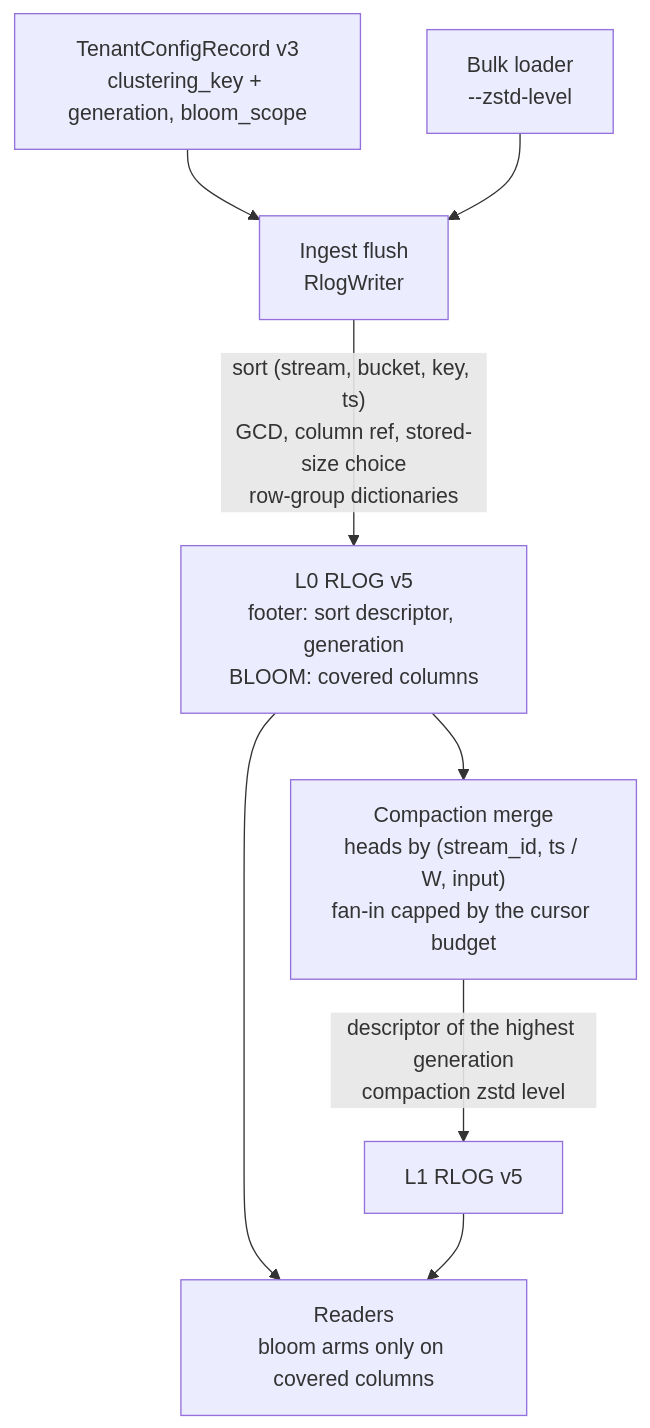
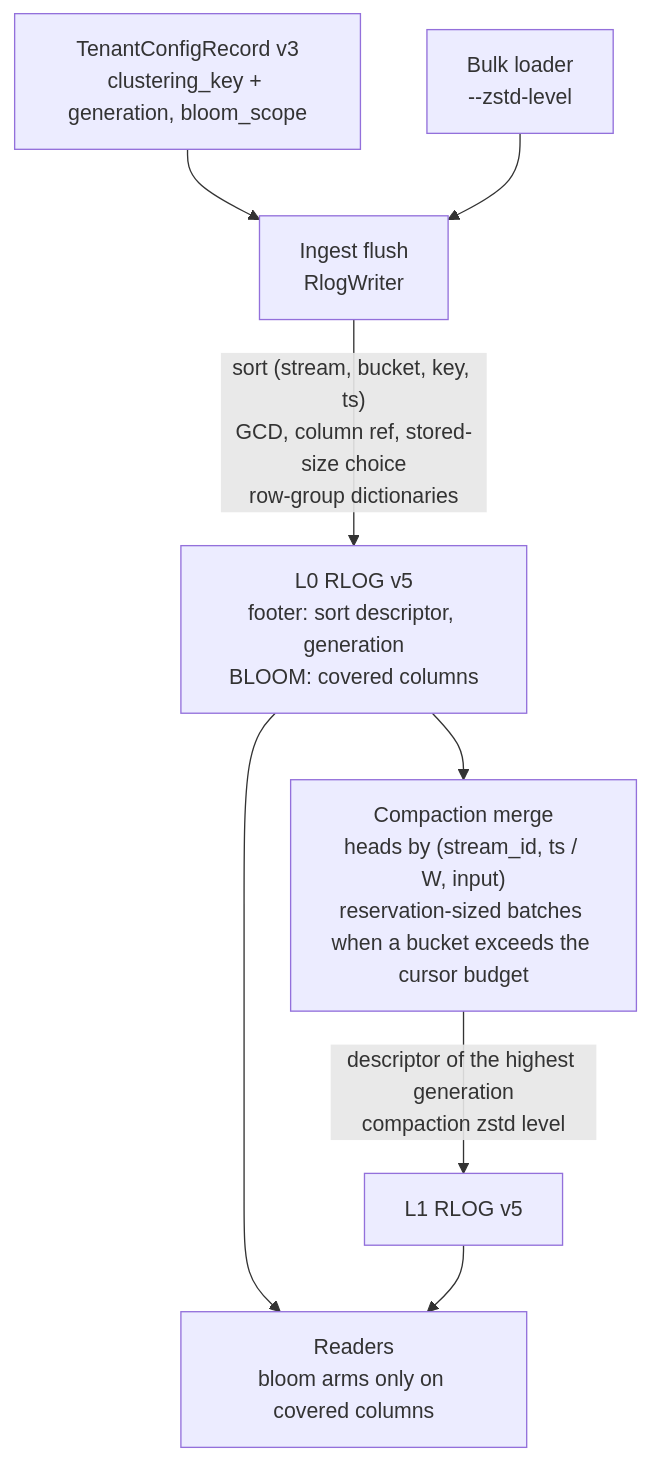
Before and after one commit to NOFireAI/ravel: the diagram in docs/adrs/2135-rlog-v5-storage-footprint.md, drawn with Mermaid. The commit also changed other lines of this file and 2 other files, not shown here.

````diff
--- a/docs/adrs/2135-rlog-v5-storage-footprint.md
+++ b/docs/adrs/2135-rlog-v5-storage-footprint.md
@@ -242,10 +260,10 @@
 ```mermaid
 flowchart TD
     TC["TenantConfigRecord v3<br/>clustering_key + generation, bloom_scope"] --> ING["Ingest flush<br/>RlogWriter"]
     LD["Bulk loader<br/>--zstd-level"] --> ING
     ING -->|"sort (stream, bucket, key, ts)<br/>GCD, column ref, stored-size choice<br/>row-group dictionaries"| L0["L0 RLOG v5<br/>footer: sort descriptor, generation<br/>BLOOM: covered columns"]
-    L0 --> CMP["Compaction merge<br/>heads by (stream_id, ts / W, input)<br/>fan-in capped by the cursor budget"]
+    L0 --> CMP["Compaction merge<br/>heads by (stream_id, ts / W, input)<br/>reservation-sized batches when a bucket exceeds the cursor budget"]
     CMP -->|"descriptor of the highest generation<br/>compaction zstd level"| L1["L1 RLOG v5"]
     L0 --> RD["Readers<br/>bloom arms only on covered columns"]
     L1 --> RD
 ```
````
